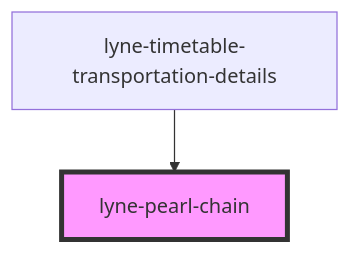
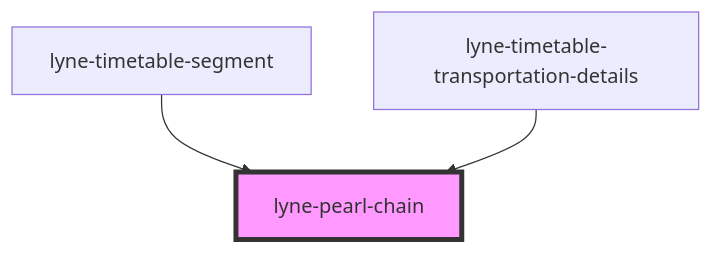
The diagram in src/components/lyne-pearl-chain/readme.md (schlpbch/lyne-components), drawn with Mermaid before and after one commit. The commit also changed other lines of this file and 8 other files, not shown here.

Commit message:
feat: working on vertical pearl chain integration

````diff
--- a/src/components/lyne-pearl-chain/readme.md
+++ b/src/components/lyne-pearl-chain/readme.md
@@ -24,5 +26,6 @@
 ```mermaid
 graph TD;
+  lyne-timetable-segment --> lyne-pearl-chain
   lyne-timetable-transportation-details --> lyne-pearl-chain
   style lyne-pearl-chain fill:#f9f,stroke:#333,stroke-width:4px
 ```
````
